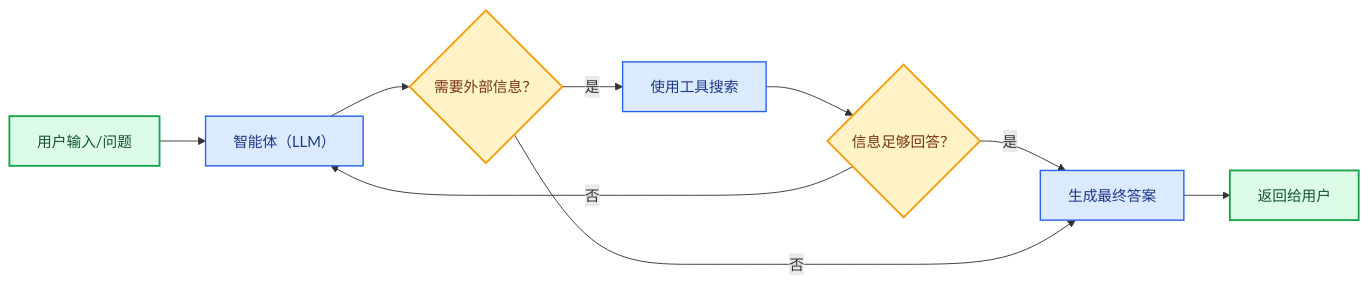
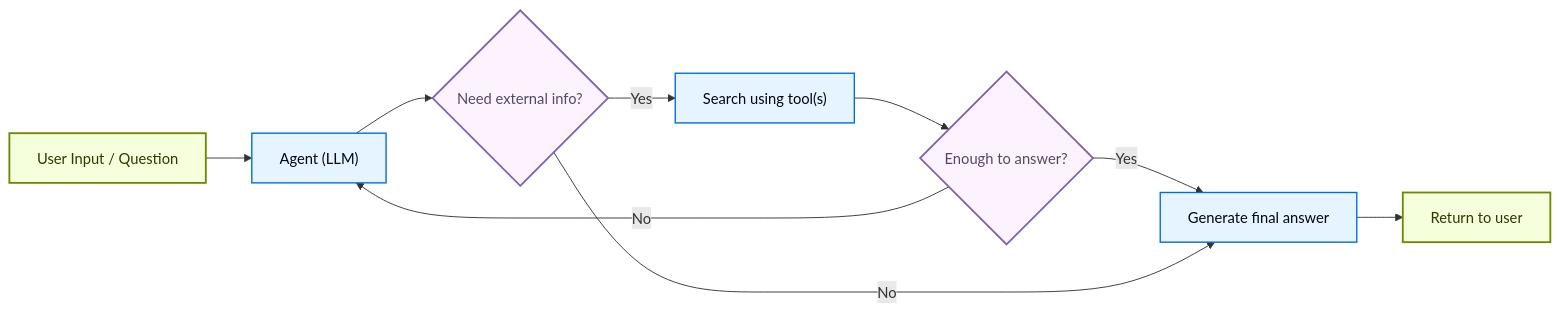
The third of 4 diagrams in oss/javascript/langchain/retrieval.mdx (kunfan96/cndocs-langchain), drawn with Mermaid before and after one commit. The commit also changed other lines of this file and 2538 other files, not shown here.

````diff
--- a/oss/javascript/langchain/retrieval.mdx
+++ b/oss/javascript/langchain/retrieval.mdx
@@ -168,20 +169,20 @@
 ```mermaid
 graph LR
-    A[用户输入/问题] --> B["智能体（LLM）"]
-    B --> C{需要外部信息？}
-    C -- 是 --> D["使用工具搜索"]
-    D --> H{信息足够回答？}
-    H -- 否 --> B
-    H -- 是 --> I[生成最终答案]
-    C -- 否 --> I
-    I --> J[返回给用户]
+    A[User Input / Question] --> B["Agent (LLM)"]
+    B --> C{Need external info?}
+    C -- Yes --> D["Search using tool(s)"]
+    D --> H{Enough to answer?}
+    H -- No --> B
+    H -- Yes --> I[Generate final answer]
+    C -- No --> I
+    I --> J[Return to user]
 
-    %% 深色模式友好样式
-    classDef startend fill:#DCFCE7,stroke:#16A34A,stroke-width:2px,color:#14532D
-    classDef decision fill:#FEF3C7,stroke:#F59E0B,stroke-width:2px,color:#78350F
-    classDef process fill:#DBEAFE,stroke:#2563EB,stroke-width:1.5px,color:#1E3A8A
+    %% Dark-mode friendly styling
+    classDef startend fill:#F6FFDB,stroke:#6E8900,stroke-width:2px,color:#2E3900
+    classDef decision fill:#FDF3FF,stroke:#7E65AE,stroke-width:2px,color:#504B5F
+    classDef process fill:#E5F4FF,stroke:#006DDD,stroke-width:1.5px,color:#030710
 
     class A,J startend
     class B,D,I process
     class C,H decision
 ```
````
